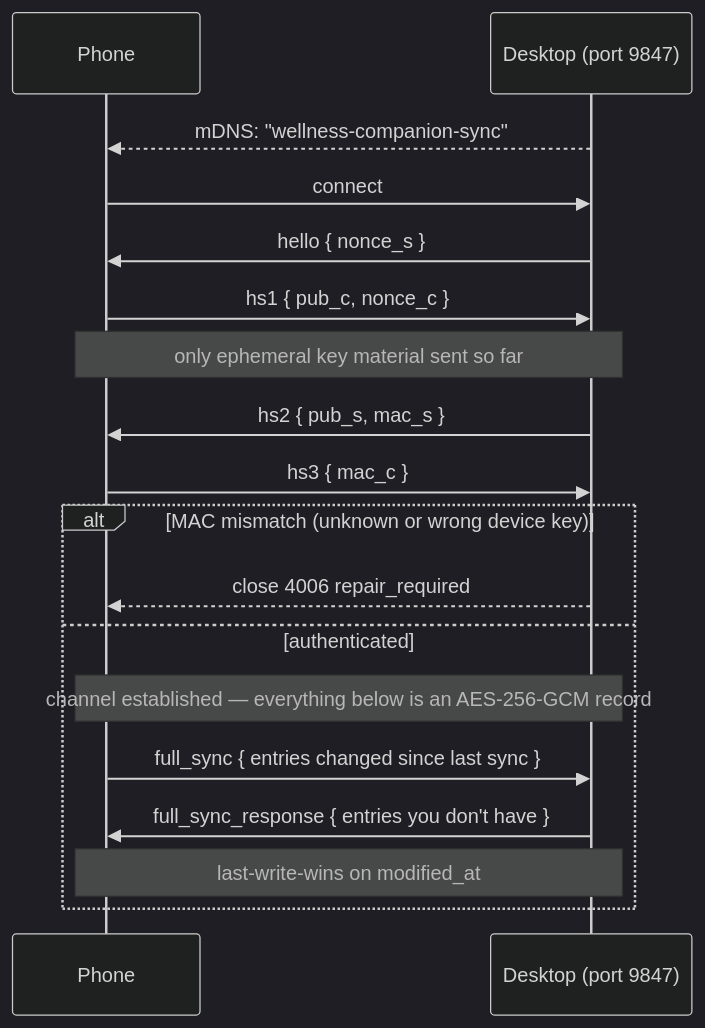
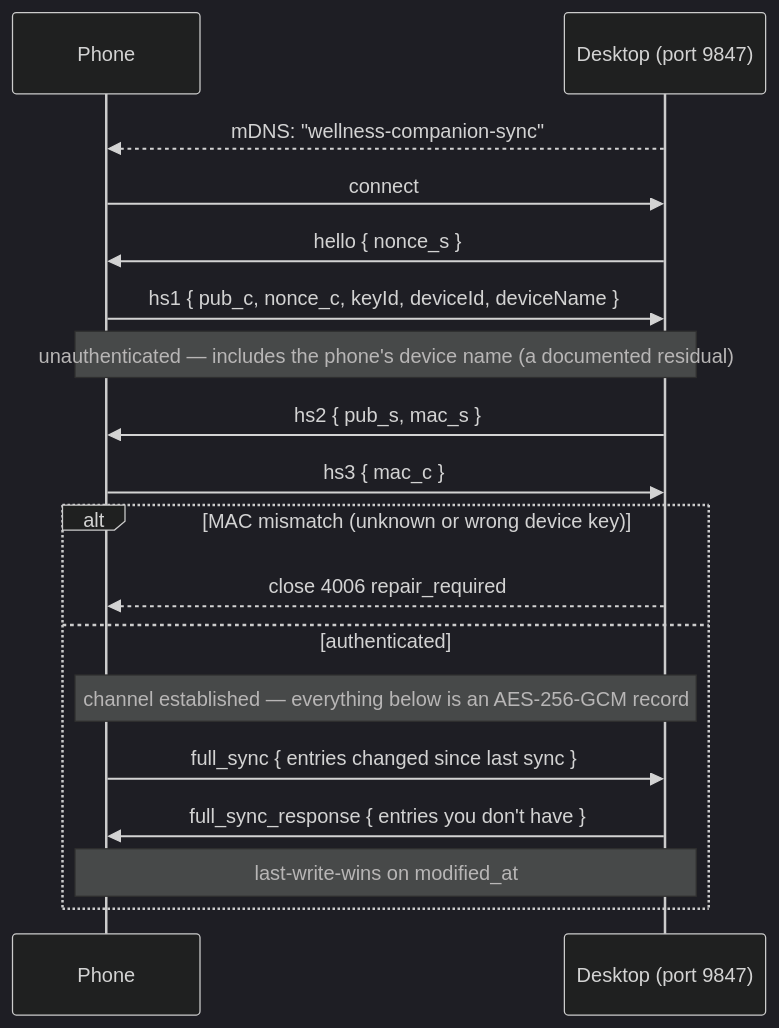
One commit to Redrum624/wellness-companion changed the diagram in README.md. Above: the diagram before and after it, drawn with Mermaid (dark theme). The commit also changed 2 other files, not shown here.

Commit message:
docs: correct the handshake diagram and the regenerate-pairing claim

````diff
--- a/README.md
+++ b/README.md
@@ -340,20 +340,20 @@
 ```mermaid
 sequenceDiagram
     participant P as Phone
     participant D as Desktop (port 9847)
     D-->>P: mDNS: "wellness-companion-sync"
     P->>D: connect
     D->>P: hello { nonce_s }
-    P->>D: hs1 { pub_c, nonce_c }
-    Note over P,D: only ephemeral key material sent so far
+    P->>D: hs1 { pub_c, nonce_c, keyId, deviceId, deviceName }
+    Note over P,D: unauthenticated — includes the phone's device name (a documented residual)
     D->>P: hs2 { pub_s, mac_s }
     P->>D: hs3 { mac_c }
     alt MAC mismatch (unknown or wrong device key)
         D-->>P: close 4006 repair_required
     else authenticated
         Note over P,D: channel established — everything below is an AES-256-GCM record
         P->>D: full_sync { entries changed since last sync }
         D->>P: full_sync_response { entries you don't have }
         Note over P,D: last-write-wins on modified_at
     end
 ```
````
